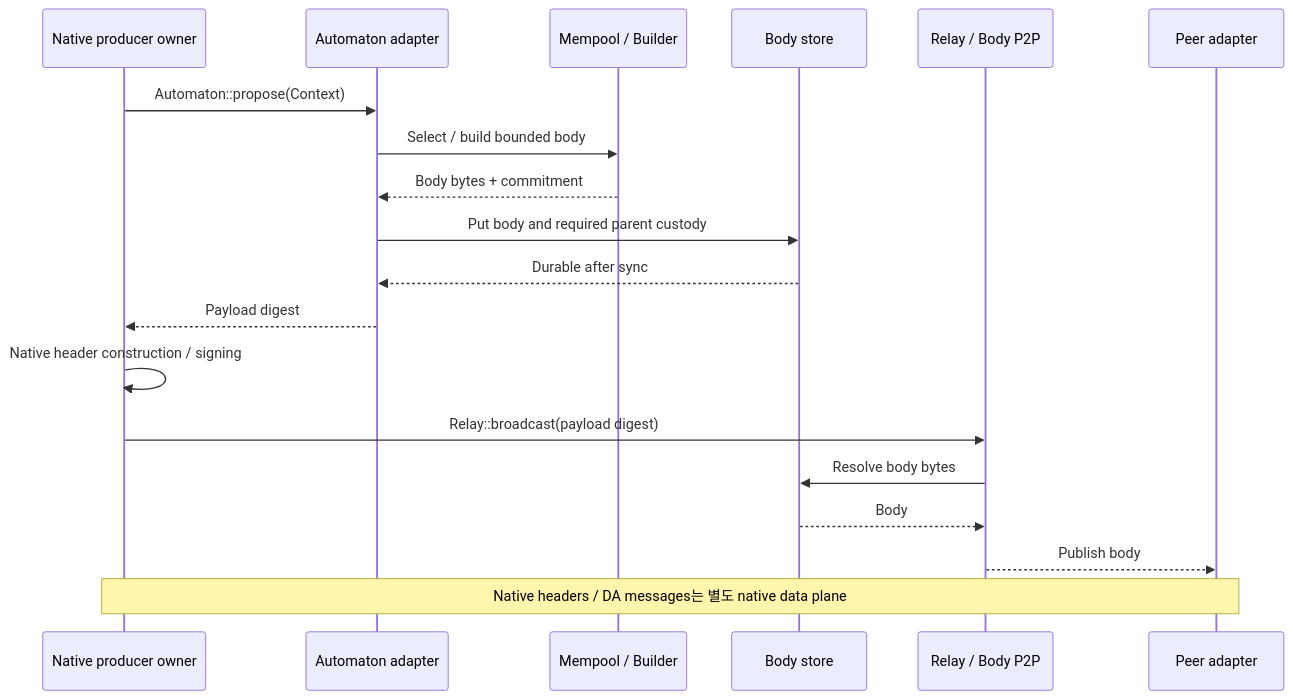
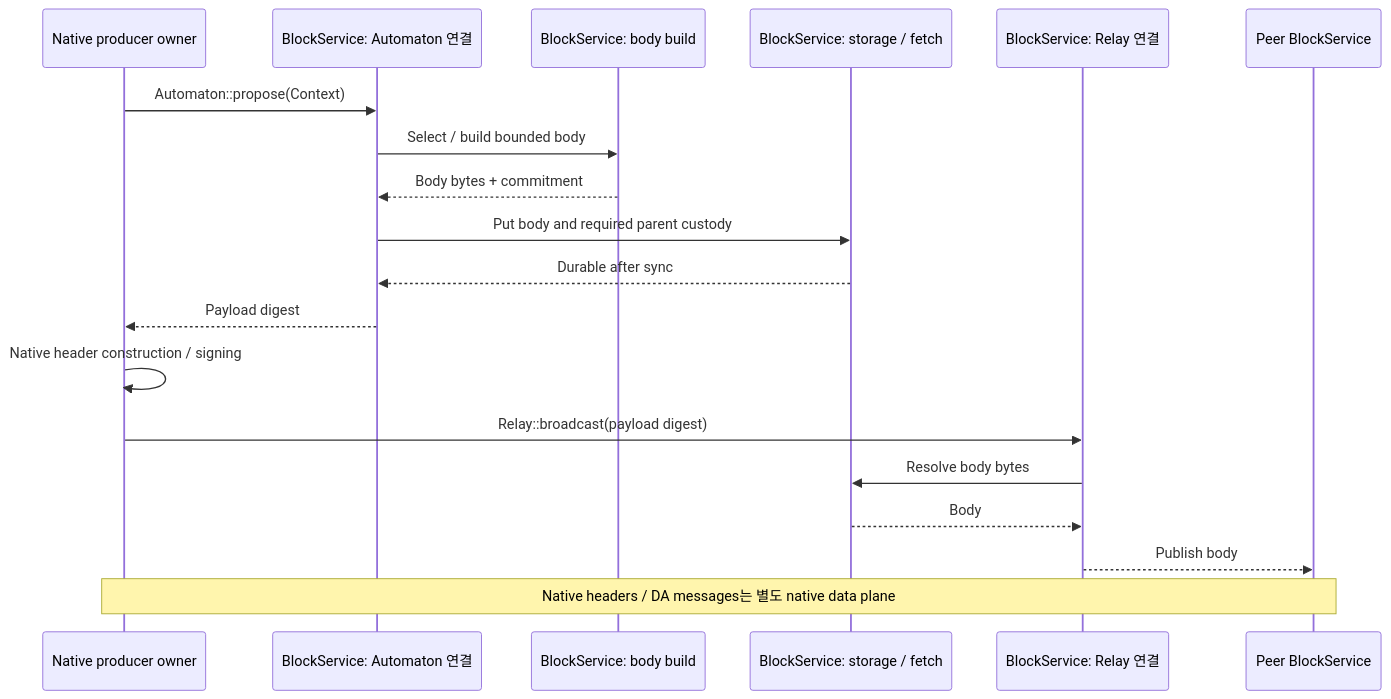
One commit to djm07073/baton-research changed the fourth of 18 diagrams in IMPLEMENTATION_SPEC.md. Above: the diagram before and after it, drawn with Mermaid. The commit also changed other lines of this file and 51 other files, not shown here.

````diff
--- a/IMPLEMENTATION_SPEC.md
+++ b/IMPLEMENTATION_SPEC.md
@@ -258,21 +292,21 @@
 ```mermaid
 sequenceDiagram
     participant N as Native producer owner
-    participant A as Automaton adapter
-    participant P as Mempool / Builder
-    participant S as Body store
-    participant R as Relay / Body P2P
-    participant V as Peer adapter
+    participant A as BlockService: Automaton 연결
+    participant P as BlockService: body build
+    participant S as BlockService: storage / fetch
+    participant R as BlockService: Relay 연결
+    participant V as Peer BlockService
     N->>A: Automaton::propose(Context)
     A->>P: Select / build bounded body
     P-->>A: Body bytes + commitment
     A->>S: Put body and required parent custody
     S-->>A: Durable after sync
     A-->>N: Payload digest
     N->>N: Native header construction / signing
     N->>R: Relay::broadcast(payload digest)
     R->>S: Resolve body bytes
     S-->>R: Body
     R-->>V: Publish body
     Note over N,V: Native headers / DA messages는 별도 native data plane
 ```
````
